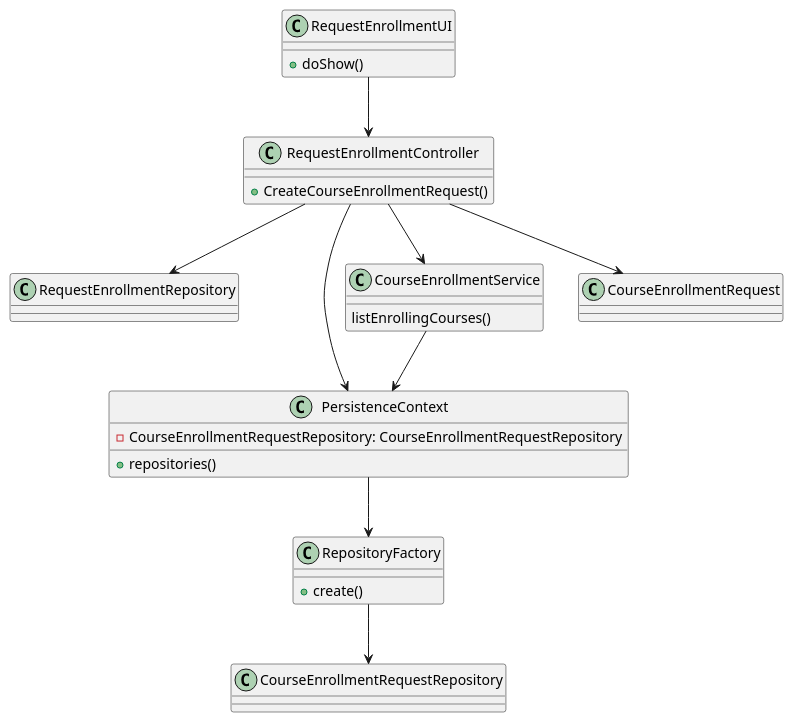
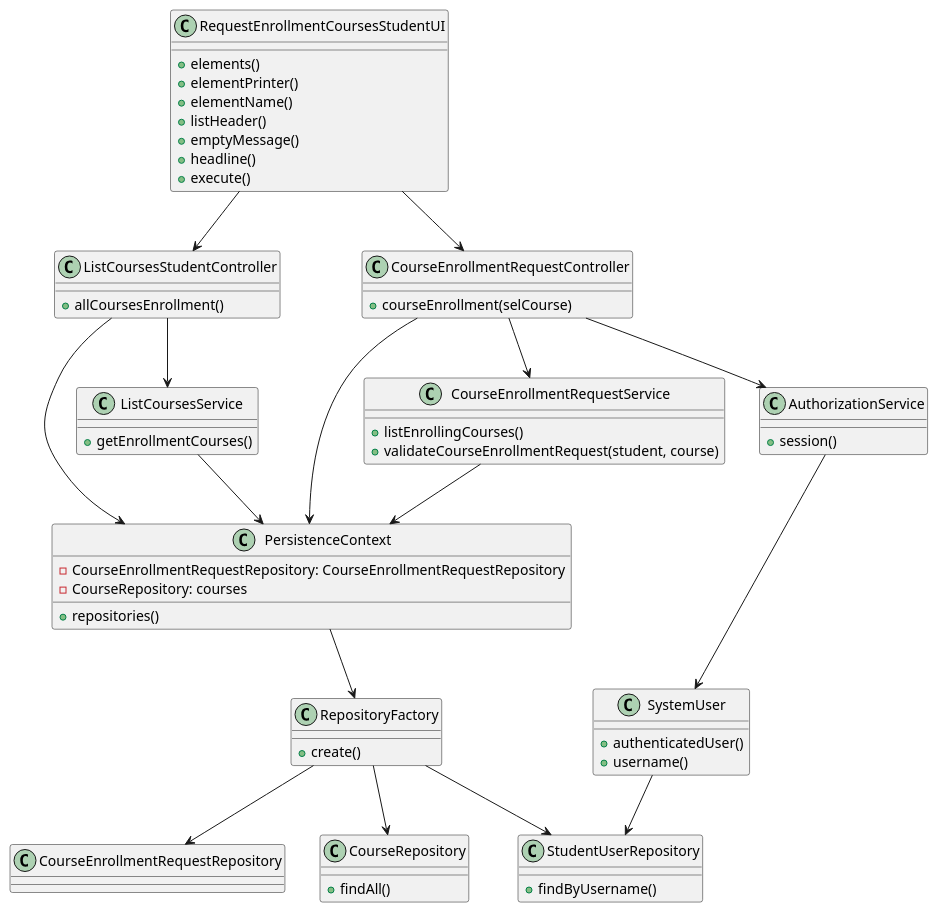
One commit to mascenso/isep-sem4-lapr4 changed the diagram in docs/SPRINT B/US1008 - Request Enrollment Course/US1008-CD.puml. Above: the diagram before and after it, drawn with PlantUML. The commit also changed 1 other file, not shown here.

```diff
--- a/docs/SPRINT B/US1008 - Request Enrollment Course/US1008-CD.puml
+++ b/docs/SPRINT B/US1008 - Request Enrollment Course/US1008-CD.puml
@@ -1,42 +1,79 @@
 @startuml
 
-class RequestEnrollmentUI {
-    +doShow()
+class RequestEnrollmentCoursesStudentUI {
+    +elements()
+    +elementPrinter()
+    +elementName()
+    +listHeader()
+    +emptyMessage()
+    +headline()
+    +execute()
 }
 
-class RequestEnrollmentController {
-    +CreateCourseEnrollmentRequest()
+class ListCoursesStudentController {
+    +allCoursesEnrollment()
 }
 
-class RequestEnrollmentRepository {
+class CourseEnrollmentRequestController {
+    +courseEnrollment(selCourse)
+}
+
+class ListCoursesService {
+    +getEnrollmentCourses()
+}
+
+class StudentUserRepository {
+    +findByUsername()
+}
+
+class AuthorizationService {
+    +session()
 }
 
 class PersistenceContext {
     -CourseEnrollmentRequestRepository: CourseEnrollmentRequestRepository
+    -CourseRepository: courses
     +repositories()
 }
 
 class RepositoryFactory {
     +create()
 }
 
-class CourseEnrollmentService {
-    listEnrollingCourses()
-}
-
-class CourseEnrollmentRequest {
+class CourseEnrollmentRequestService {
+    +listEnrollingCourses()
+    +validateCourseEnrollmentRequest(student, course)
 }
 
 class CourseEnrollmentRequestRepository {
 }
 
-RequestEnrollmentUI --> RequestEnrollmentController
-RequestEnrollmentController --> RequestEnrollmentRepository
-RequestEnrollmentController --> PersistenceContext
-RequestEnrollmentController --> CourseEnrollmentService
-CourseEnrollmentService --> PersistenceContext
+class CourseRepository {
+    +findAll()
+}
+
+class SystemUser {
+    +authenticatedUser()
+    +username()
+}
+
+RequestEnrollmentCoursesStudentUI --> CourseEnrollmentRequestController
+RequestEnrollmentCoursesStudentUI --> ListCoursesStudentController
+ListCoursesStudentController --> ListCoursesService
+ListCoursesService --> PersistenceContext
+ListCoursesStudentController --> PersistenceContext
+CourseEnrollmentRequestController --> AuthorizationService
+CourseEnrollmentRequestController --> PersistenceContext
+AuthorizationService --> SystemUser
+SystemUser --> StudentUserRepository
 PersistenceContext --> RepositoryFactory
 RepositoryFactory --> CourseEnrollmentRequestRepository
-RequestEnrollmentController --> CourseEnrollmentRequest
+RepositoryFactory --> CourseRepository
+RepositoryFactory --> StudentUserRepository
+CourseEnrollmentRequestController --> CourseEnrollmentRequestService
+CourseEnrollmentRequestService --> PersistenceContext
+
+
+
 
 @enduml
```
